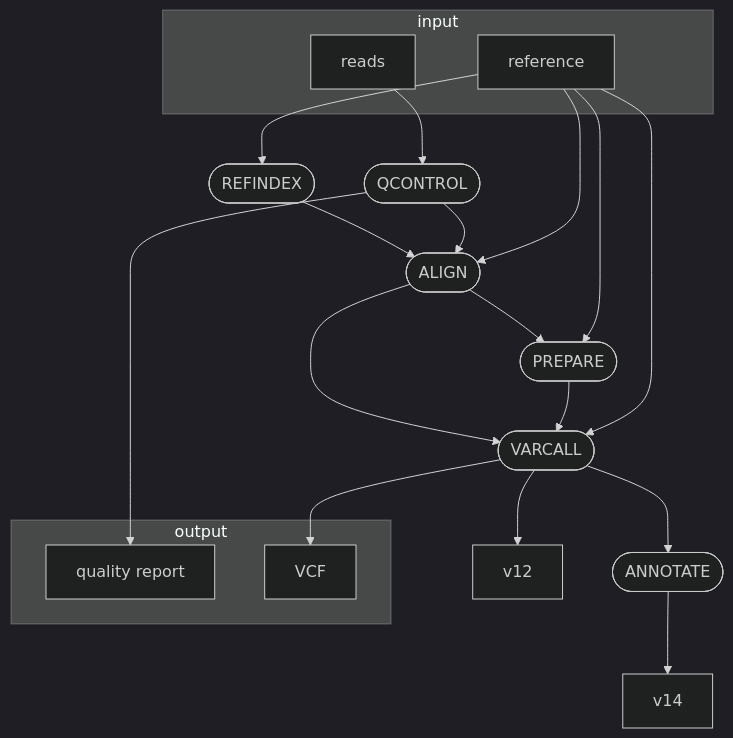
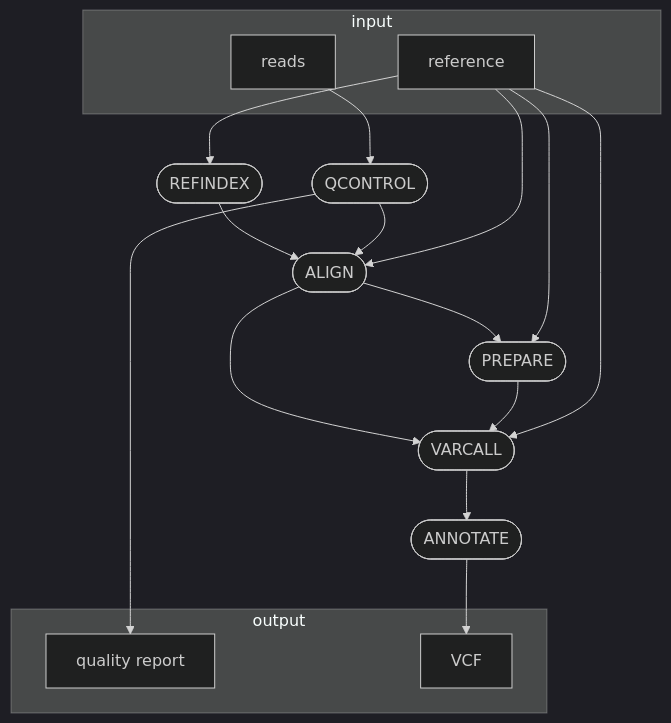
Before and after one commit to glebus-sasha/deepvariant_nf: the diagram in README.md, drawn with Mermaid (dark theme).

````diff
--- a/README.md
+++ b/README.md
@@ -5,32 +5,30 @@
 ```mermaid
 flowchart TB
     subgraph "input"
     v0["reads"]
     v1["reference"]
     end
     v2([REFINDEX])
     v3([QCONTROL])
     subgraph "output"
     v4["quality report"]
-    v11["VCF"]
+    v14["VCF"]
     end
     v6([ALIGN])
     v8([PREPARE])
     v10([VARCALL])
     v13([ANNOTATE])
     v0 --> v3
     v1 --> v2
     v2 --> v6
     v3 --> v6
     v3 --> v4
     v1 --> v6
     v6 --> v8
     v6 --> v10
     v1 --> v8
     v8 --> v10
     v1 --> v10
     v10 --> v13
-    v10 --> v12
-    v10 --> v11
     v13 --> v14
 ```
````
